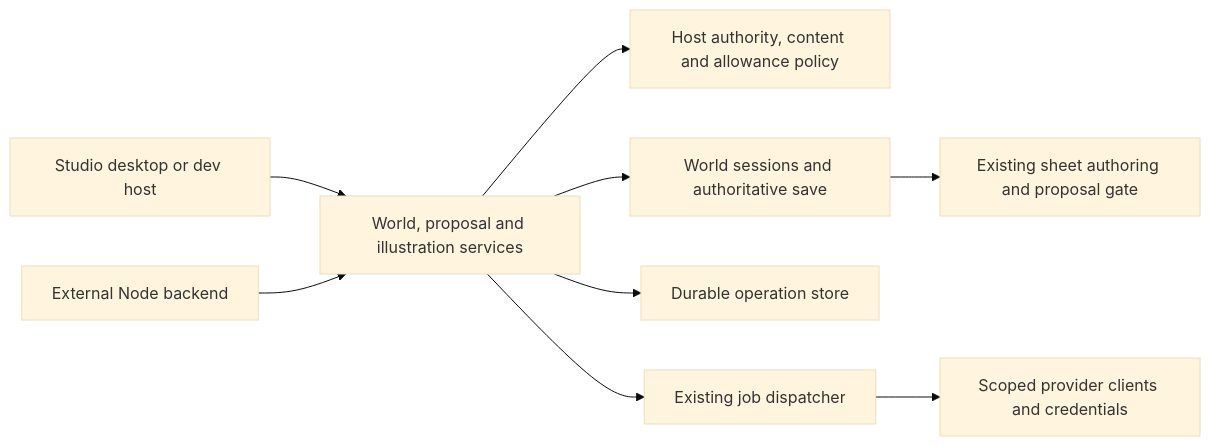
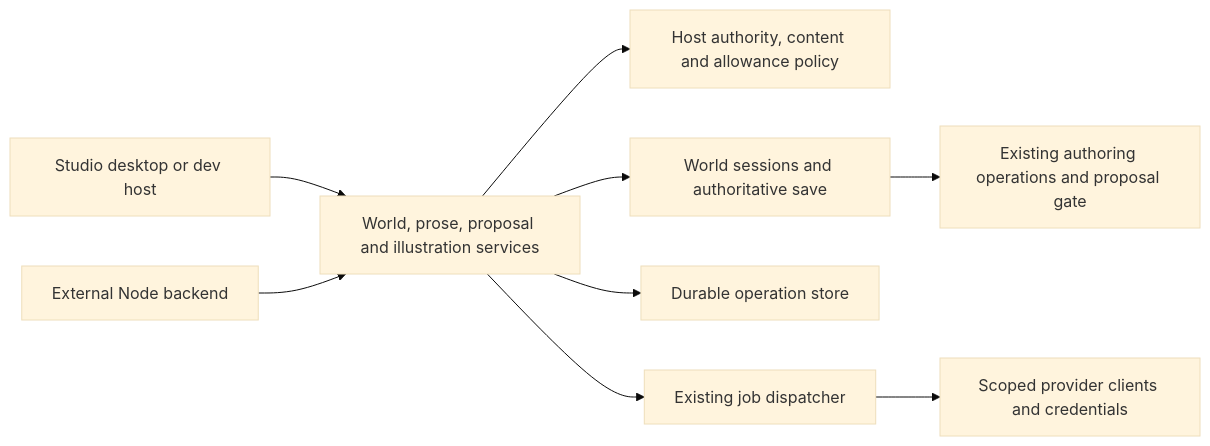
Before and after one commit to michaeljosiah/ArkeStudio: the diagram in docs/development/engine.md, drawn with Mermaid (base theme). The commit also changed other lines of this file and 15 other files, not shown here.

Commit message:
Expose scoped direct prose authoring through the engine

````diff
--- a/docs/development/engine.md
+++ b/docs/development/engine.md
@@ -7,11 +7,11 @@
 ```mermaid
 flowchart LR
-  Studio[Studio desktop or dev host] --> Services[World, proposal and illustration services]
+  Studio[Studio desktop or dev host] --> Services[World, prose, proposal and illustration services]
   Backend[External Node backend] --> Services
   Services --> Policy[Host authority, content and allowance policy]
   Services --> Sessions[World sessions and authoritative save]
   Services --> Operations[Durable operation store]
   Services --> Queue[Existing job dispatcher]
-  Sessions --> Domain[Existing sheet authoring and proposal gate]
+  Sessions --> Domain[Existing authoring operations and proposal gate]
   Queue --> Providers[Scoped provider clients and credentials]
 ```
````
